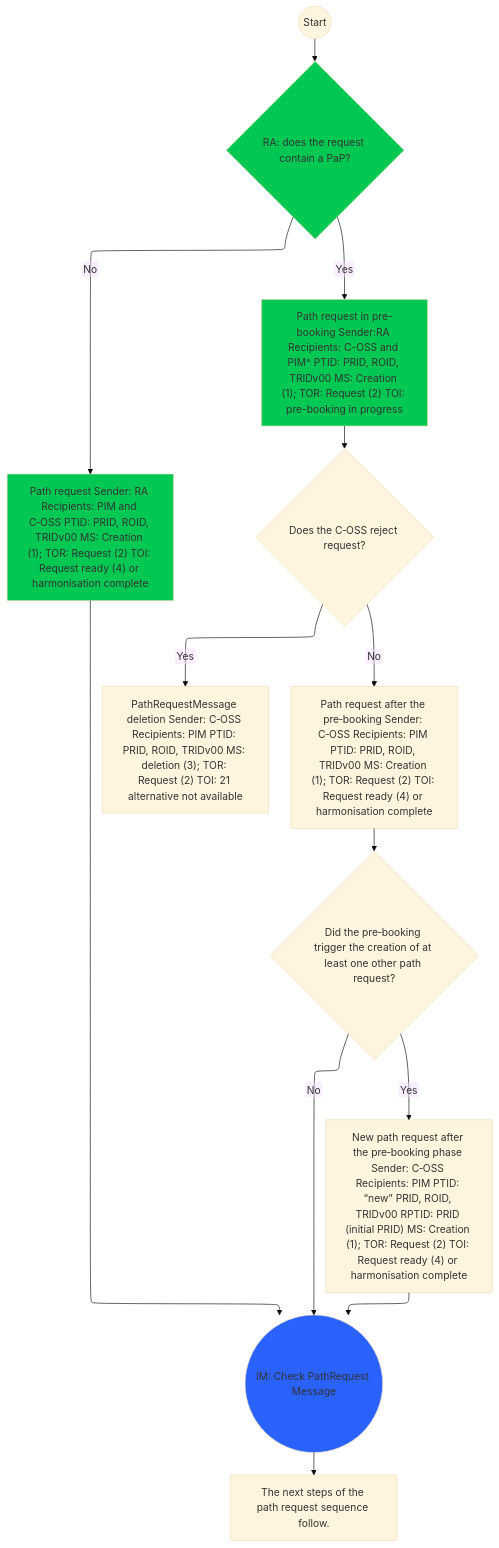
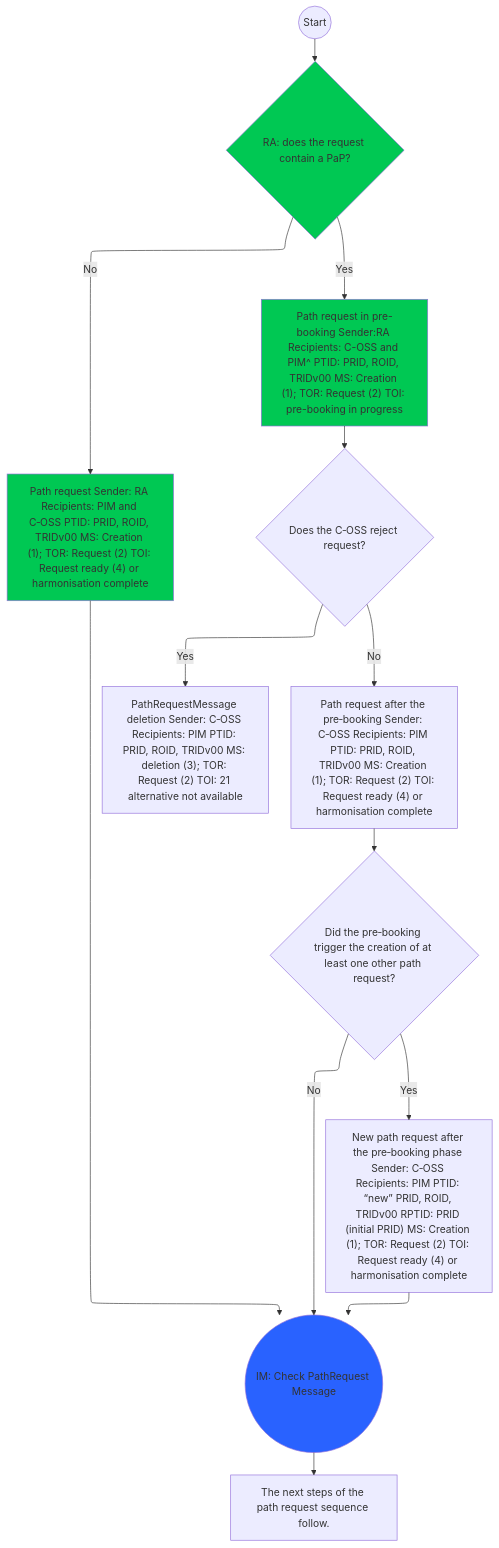
Before and after one commit to floriandettmeier/mermaid-workspace: the diagram in mermaid.mmd, drawn with Mermaid.

```diff
--- a/mermaid.mmd
+++ b/mermaid.mmd
@@ -1,65 +1,61 @@
-%%{init:{
-  "theme":"base",
-  "flowchart":{"defaultRenderer":"elk","htmlLabels":false},
-  "themeCSS": ".mermaid .node a text, .mermaid .node a tspan { fill:#dc2626 !important; }"
-}}%%
+%%{init: {"flowchart": {"defaultRenderer": "elk"}} }%%
 
 flowchart TD
 
 
 start((Start))
    
     checkPaP{RA: does the request contain a PaP?}
     
     pathRequestPreBooking["Path request in pre-booking Sender:RA Recipients: C-OSS and PIM^ PTID: PRID, ROID, TRIDv00 MS: Creation (1); TOR: Request (2) TOI: pre-booking in progress"]
     
     pathRequestNo["Path request Sender: RA Recipients: PIM and C‑OSS PTID: PRID, ROID, TRIDv00 MS: Creation (1); TOR: Request (2) TOI: Request ready (4) or harmonisation complete"]
     
     cossReject{Does the C‑OSS reject request?}
     
     cossDeletion["PathRequestMessage deletion Sender: C‑OSS Recipients: PIM PTID: PRID, ROID, TRIDv00 MS: deletion (3); TOR: Request (2) TOI: 21 alternative not available"]
      
     pathAfterPreBooking["Path request after the pre‑booking Sender: C‑OSS Recipients: PIM PTID: PRID, ROID, TRIDv00 MS: Creation (1); TOR: Request (2) TOI: Request ready (4) or harmonisation complete"]
     
     prebookingTrigger{Did the pre‑booking trigger the creation of at least one other path request?}
     
     newPath["New path request after the pre‑booking phase Sender: C‑OSS Recipients: PIM PTID: “new” PRID, ROID, TRIDv00 RPTID: PRID (initial PRID) MS: Creation (1); TOR: Request (2) TOI: Request ready (4) or harmonisation complete"]
     
     imCheck((IM: Check PathRequest Message))
     
     nextSteps["The next steps of the path request sequence follow."]
     
   
     
     start --> checkPaP
     checkPaP -- Yes --> pathRequestPreBooking
     checkPaP -- No --> pathRequestNo
     pathRequestNo --> imCheck
     pathRequestPreBooking --> cossReject
     cossReject -- Yes --> cossDeletion 
     cossReject -- No --> pathAfterPreBooking --> prebookingTrigger
     prebookingTrigger -- Yes --> newPath --> imCheck
     prebookingTrigger -- No --> imCheck
     imCheck --> nextSteps
 
 
     
     classDef Blue fill:#2962FF;
     classDef Green fill:#00C853;
     
     class imCheck Blue;
     class checkPaP,pathRequestPreBooking,pathRequestNo Green;
 
   
  
     click start href "https://github.com/floriandettmeier/mermaid-workspace/blob/main/mermaid.mmd?short_path=318b3c2#L5" "Start node code" _blank
     click checkPaP href "https://github.com/floriandettmeier/mermaid-workspace/blob/main/mermaid.mmd?short_path=318b3c2#L7" "checkPaP code" _blank
     click pathRequestPreBooking href "https://github.com/floriandettmeier/mermaid-workspace/blob/main/mermaid.mmd?short_path=318b3c2#L9" "pathRequestPreBooking code" _blank
     click pathRequestNo href "https://github.com/floriandettmeier/mermaid-workspace/blob/main/mermaid.mmd?short_path=318b3c2#L11" "pathRequestNo code" _blank
     click cossReject href "https://github.com/floriandettmeier/mermaid-workspace/blob/main/mermaid.mmd?short_path=318b3c2#L14" "cossReject code" _blank
     click cossDeletion href "https://github.com/floriandettmeier/mermaid-workspace/blob/main/mermaid.mmd?short_path=318b3c2#L16" "cossDeletion code" _blank
     click pathAfterPreBooking href "https://github.com/floriandettmeier/mermaid-workspace/blob/main/mermaid.mmd?short_path=318b3c2#L19" "pathAfterPreBooking code" _blank
     click prebookingTrigger href "https://github.com/floriandettmeier/mermaid-workspace/blob/main/mermaid.mmd?short_path=318b3c2#L22" "prebookingTrigger code" _blank
     click newPath href "https://github.com/floriandettmeier/mermaid-workspace/blob/main/mermaid.mmd?short_path=318b3c2#L24" "newPath code" _blank
     click imCheck href "https://github.com/floriandettmeier/mermaid-workspace/blob/main/mermaid.mmd?short_path=318b3c2#L27" "imCheck code" _blank
     click nextSteps href "https://github.com/floriandettmeier/mermaid-workspace/blob/main/mermaid.mmd?short_path=318b3c2#L29" "nextSteps code" _blank
```
